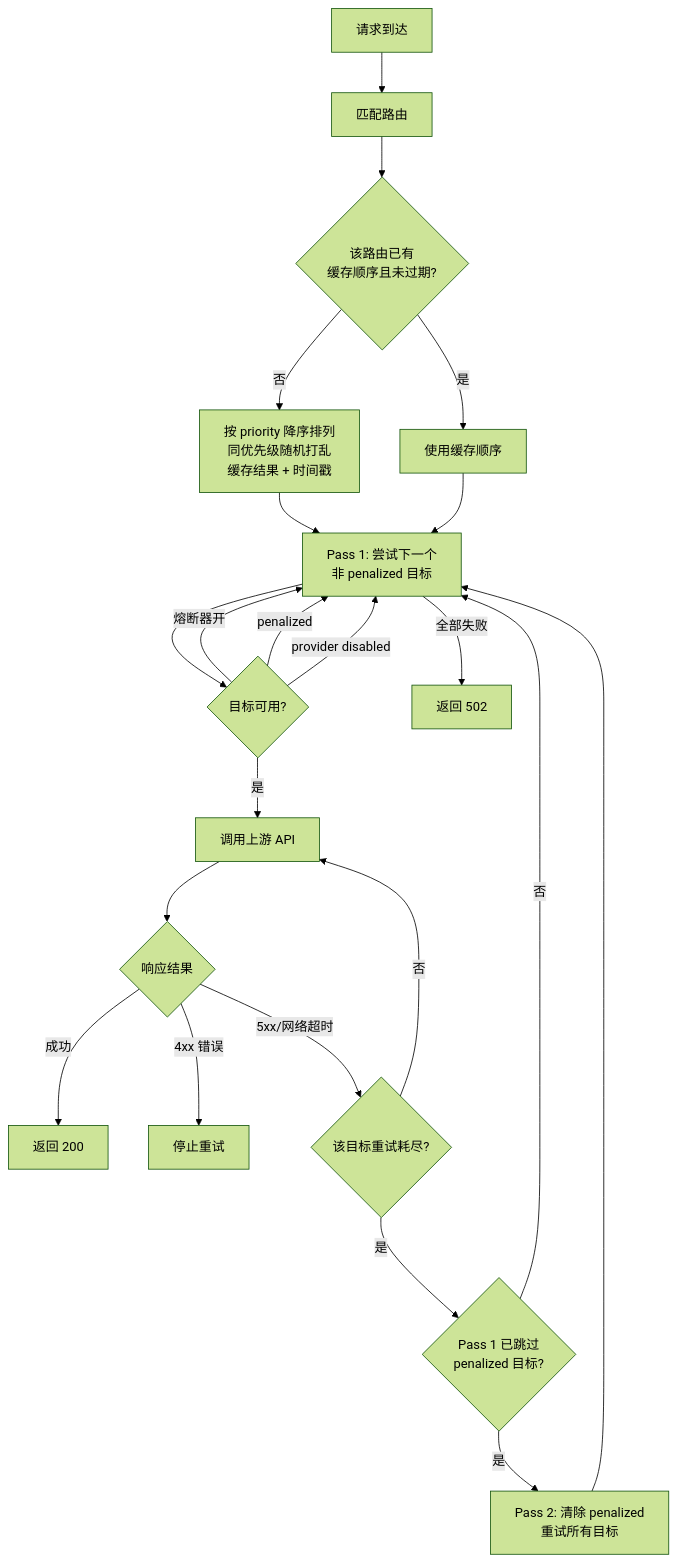
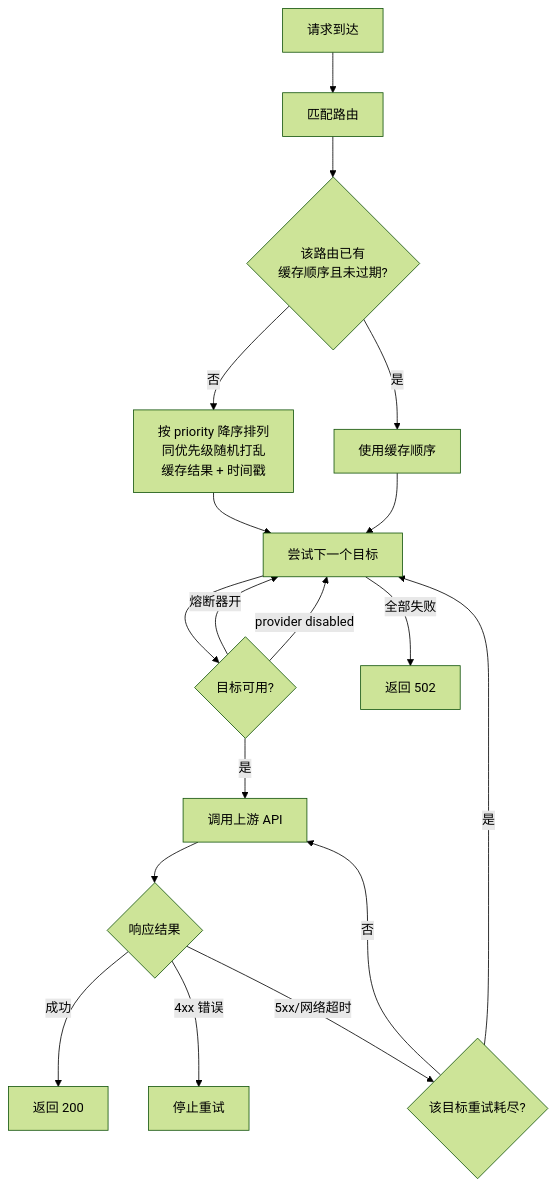
One commit to rainbowatcher/sag changed the first of 3 diagrams in docs/src/routing.md. Above: the diagram before and after it, drawn with Mermaid (forest theme). The commit also changed other lines of this file and 12 other files, not shown here.

````diff
--- a/docs/src/routing.md
+++ b/docs/src/routing.md
@@ -78,26 +78,21 @@
 ```mermaid
 flowchart TD
     A[请求到达] --> B[匹配路由]
     B --> C{该路由已有
     缓存顺序且未过期?}
     C -->|否| D[按 priority 降序排列<br/>同优先级随机打乱<br/>缓存结果 + 时间戳]
     C -->|是| E[使用缓存顺序]
-    D --> F[Pass 1: 尝试下一个<br/>非 penalized 目标]
+    D --> F[尝试下一个目标]
     E --> F
     F --> G{目标可用?}
     G -->|熔断器开| F
-    G -->|penalized| F
     G -->|provider disabled| F
     G -->|是| H[调用上游 API]
     H --> I{响应结果}
     I -->|成功| J[返回 200]
     I -->|4xx 错误| K[停止重试]
     I -->|5xx/网络超时| L{该目标重试耗尽?}
     L -->|否| H
-    L -->|是| M{Pass 1 已跳过
-    penalized 目标?}
-    M -->|是| N[Pass 2: 清除 penalized<br/>重试所有目标]
-    M -->|否| F
-    N --> F
+    L -->|是| F
     F -->|全部失败| O[返回 502]
 ```
````
